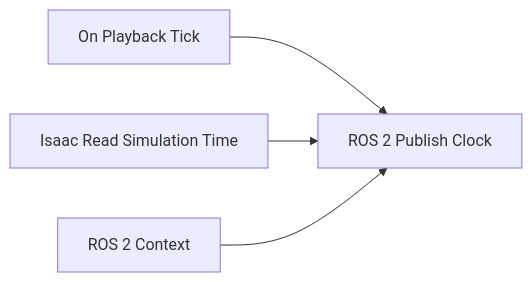
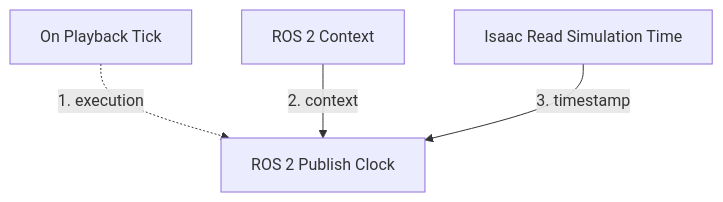
One commit to Tatwik19/Tatwik19.github.io changed the third of 13 diagrams in _teaching/Robotics-Systems-I/labs/lab-03-isaac-sim/index.md. Above: the diagram before and after it, drawn with Mermaid. The commit also changed other lines of this file, not shown here.

First line of the commit message:
Enhance lab-03 Isaac Sim instructions

````diff
--- a/_teaching/Robotics-Systems-I/labs/lab-03-isaac-sim/index.md
+++ b/_teaching/Robotics-Systems-I/labs/lab-03-isaac-sim/index.md
@@ -621,11 +682,6 @@
 ```mermaid
-flowchart LR
-    Tick["On Playback Tick"]
-    Time["Isaac Read Simulation Time"]
-    Context["ROS 2 Context"]
-    Clock["ROS 2 Publish Clock"]
-
-    Tick --> Clock
-    Time --> Clock
-    Context --> Clock
+flowchart TD
+    Tick["On Playback Tick"] -.->|"1. execution"| Clock["ROS 2 Publish Clock"]
+    Context["ROS 2 Context"] -->|"2. context"| Clock
+    Time["Isaac Read Simulation Time"] -->|"3. timestamp"| Clock
 ```
````
